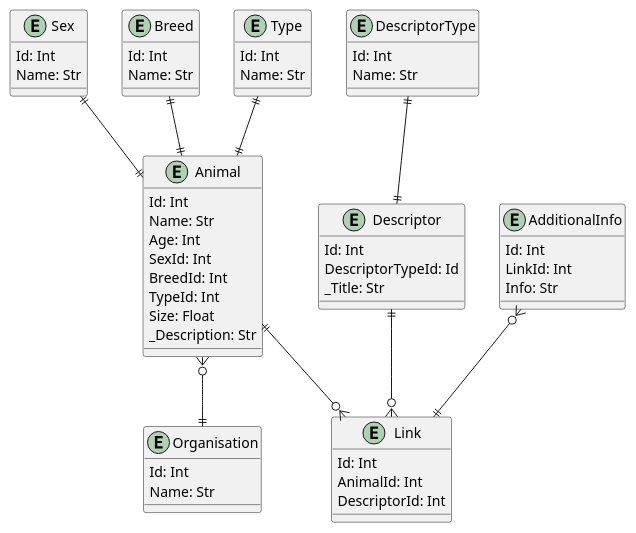
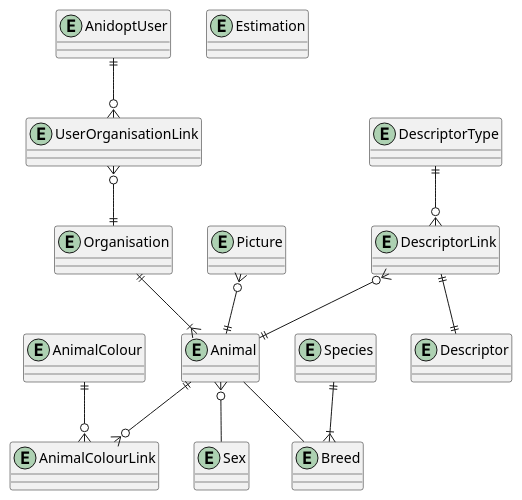
One commit to aidan-bailey/Anidopt changed the diagram in Diagrams/db.plantuml. Above: the diagram before and after it, drawn with PlantUML.

```diff
--- a/Diagrams/db.plantuml
+++ b/Diagrams/db.plantuml
@@ -1,55 +1,29 @@
 @startuml
-entity Sex {
-    Id: Int
-    Name: Str
-}
-entity Breed {
-    Id: Int
-    Name: Str
-}
-entity Type {
-    Id: Int
-    Name: Str
-}
-entity Animal {
-    Id: Int
-    Name: Str
-    Age: Int
-    SexId: Int
-    BreedId: Int
-    TypeId: Int
-    Size: Float
-    _Description: Str
-}
-entity DescriptorType {
-    Id: Int
-    Name: Str
-}
-entity Descriptor {
-    Id: Int
-    DescriptorTypeId: Id
-    _Title: Str
-}
-entity Link {
-    Id: Int
-    AnimalId: Int
-    DescriptorId: Int
-}
-entity AdditionalInfo {
-    Id: Int
-    LinkId: Int
-    Info: Str
-}
-entity Organisation {
-    Id: Int
-    Name: Str
-}
-Animal }o--|| Organisation
-DescriptorType ||--|| Descriptor
-Descriptor ||--o{ Link
-Animal ||--o{ Link
-AdditionalInfo }o--|| Link
-Breed ||--|| Animal
-Type ||--|| Animal
-Sex ||--|| Animal
+entity AnidoptUser {}
+entity Animal {}
+entity AnimalColour {}
+entity AnimalColourLink {}
+entity Breed {}
+entity Descriptor {}
+entity DescriptorLink {}
+entity DescriptorType {}
+entity Estimation {}
+entity Organisation {}
+entity Picture {}
+entity Sex {}
+entity Species {}
+entity UserOrganisationLink {}
+
+AnidoptUser ||--o{ UserOrganisationLink
+UserOrganisationLink }o--|| Organisation
+Animal -- Breed
+Animal }o-- Sex
+Species ||--|{ Breed
+Organisation ||--|{ Animal
+AnimalColour ||--o{ AnimalColourLink
+Animal ||--o{ AnimalColourLink
+Picture }o--|| Animal
+DescriptorType ||--o{ DescriptorLink
+DescriptorLink ||--|| Descriptor
+DescriptorLink }o--|| Animal
 @enduml
```
